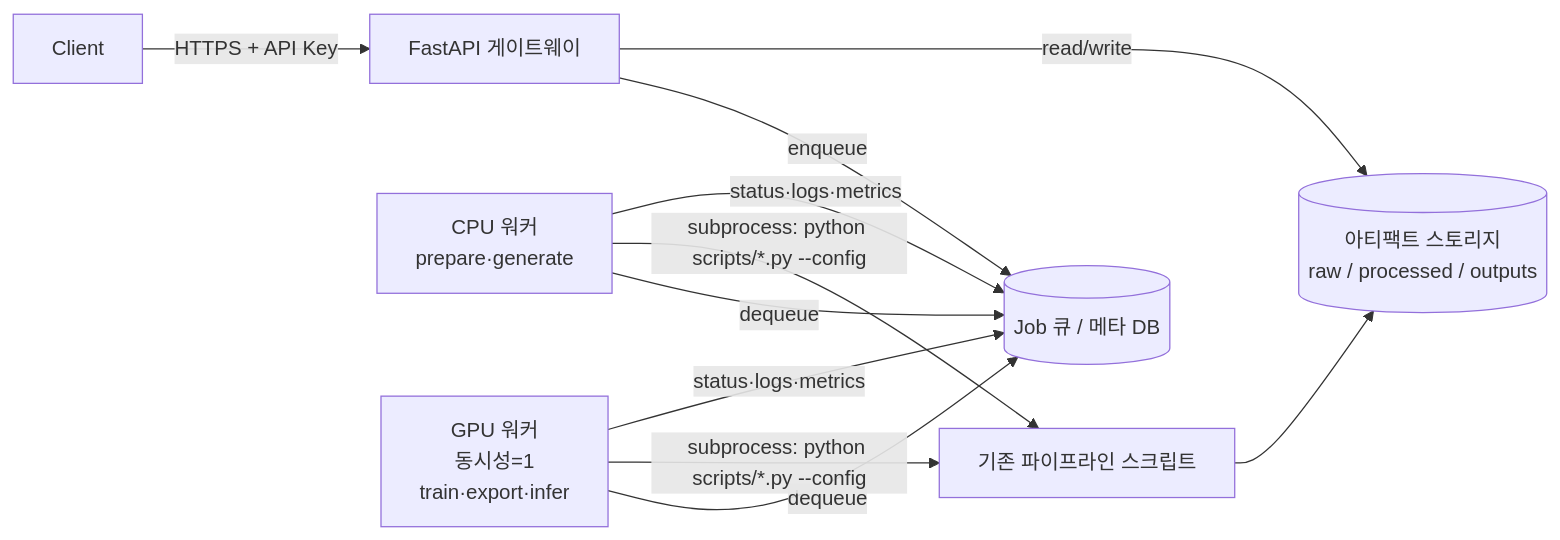
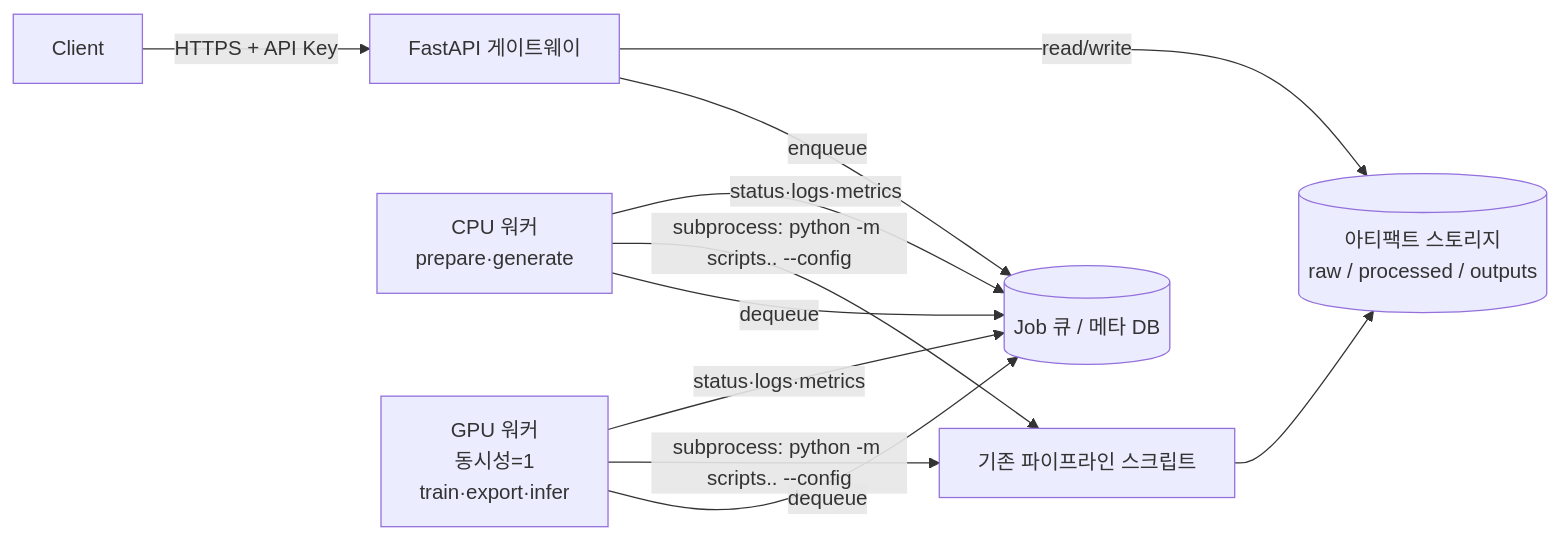
Before and after one commit to junyoyehee/knowledge-pipeline: the diagram in docs/api_design.md, drawn with Mermaid. The commit also changed other lines of this file and 38 other files, not shown here.

````diff
--- a/docs/api_design.md
+++ b/docs/api_design.md
@@ -56,11 +56,11 @@
 ```mermaid
 flowchart LR
     Client -->|HTTPS + API Key| API[FastAPI 게이트웨이]
     API -->|enqueue| Q[(Job 큐 / 메타 DB)]
     API -->|read/write| FS[(아티팩트 스토리지<br/>raw / processed / outputs)]
     W1[CPU 워커<br/>prepare·generate] -->|dequeue| Q
     W2[GPU 워커<br/>동시성=1<br/>train·export·infer] -->|dequeue| Q
-    W1 & W2 -->|subprocess: python scripts/*.py --config| Sub[기존 파이프라인 스크립트]
+    W1 & W2 -->|subprocess: python -m scripts.<group>.<name> --config| Sub[기존 파이프라인 스크립트]
     Sub --> FS
     W1 & W2 -->|status·logs·metrics| Q
 ```
````
